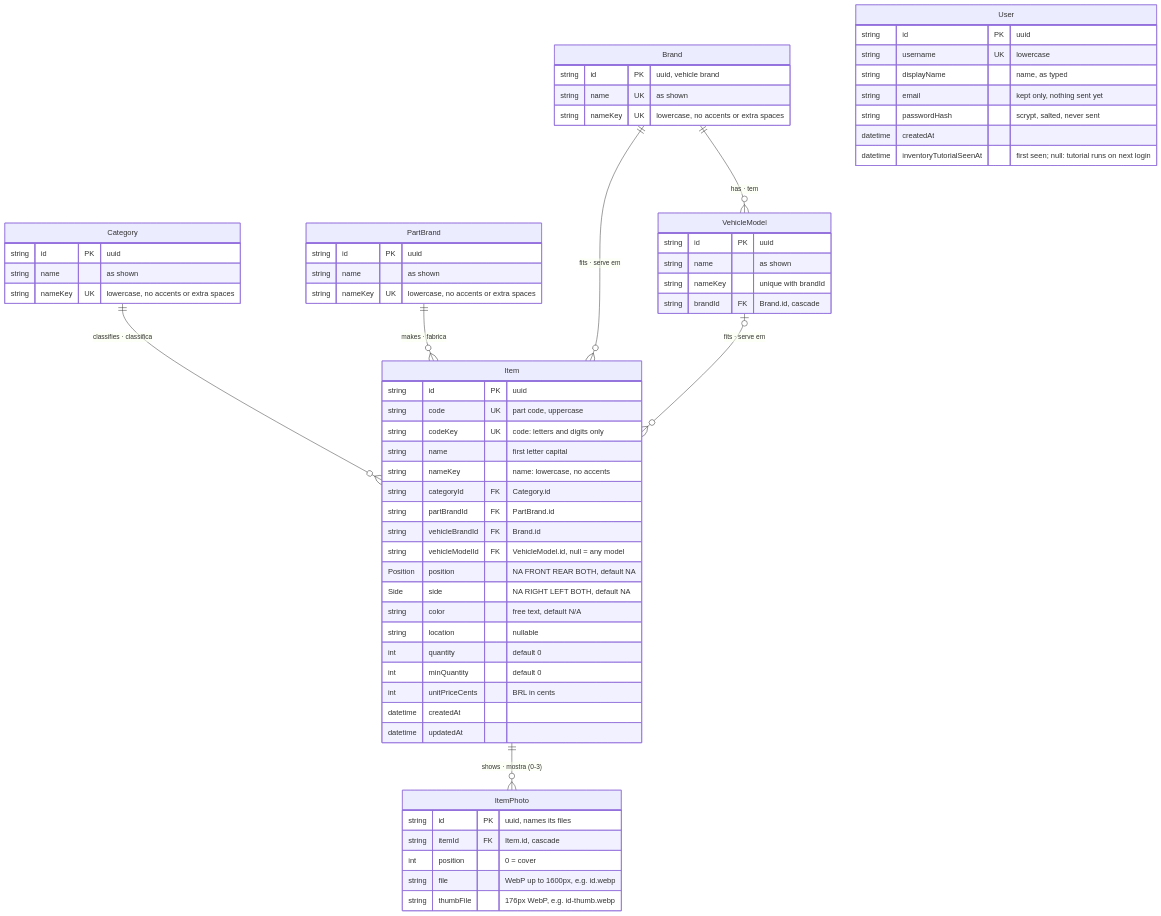
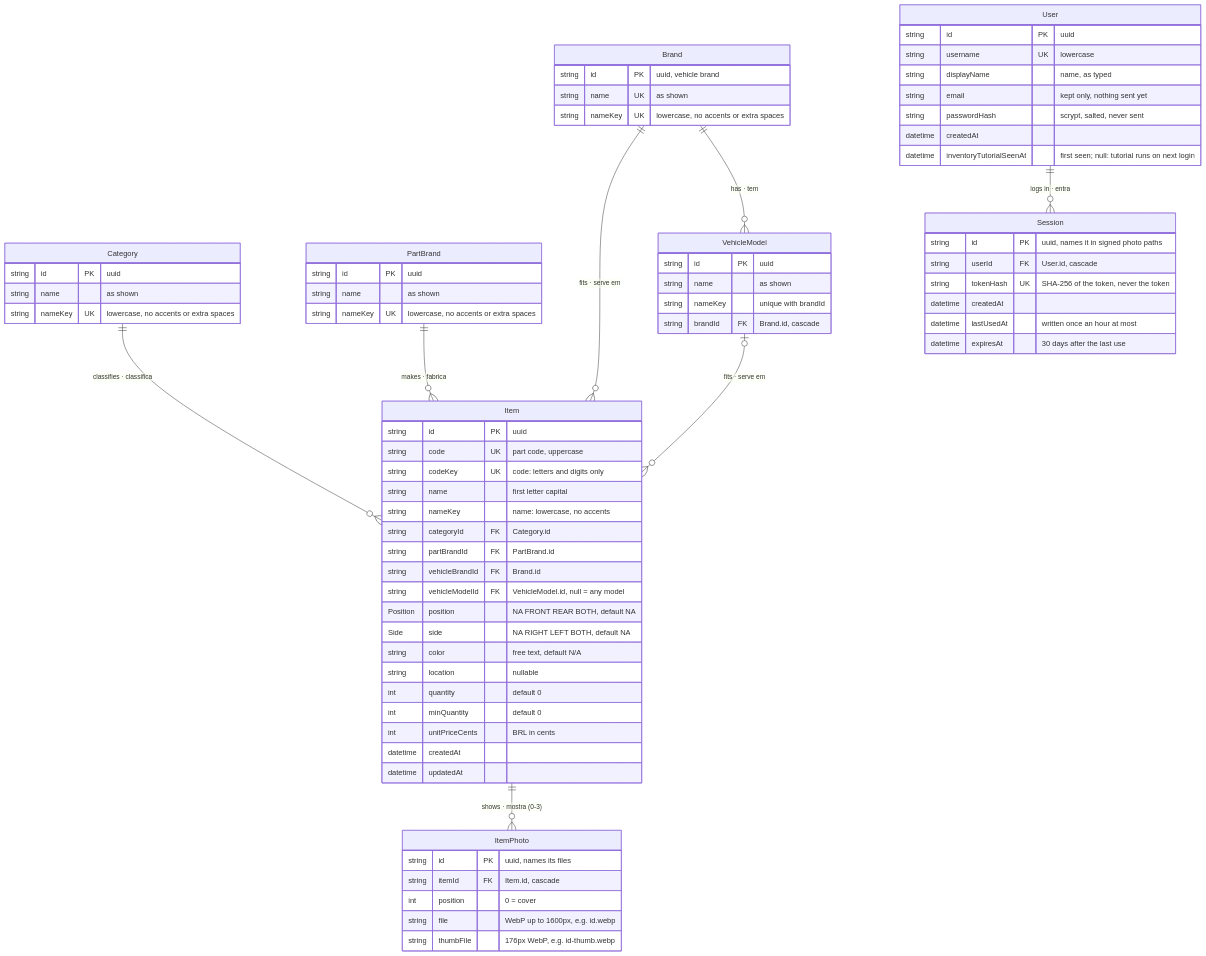
One commit to ChrisCamilo/apc-universal-repair changed the diagram in docs/database.md. Above: the diagram before and after it, drawn with Mermaid. The commit also changed other lines of this file and 1 other file, not shown here.

Commit message:
docs: Add the Session table and update the home network warning

````diff
--- a/docs/database.md
+++ b/docs/database.md
@@ -11,67 +11,76 @@
 ```mermaid
 erDiagram
     Category ||--o{ Item : "classifies · classifica"
     PartBrand ||--o{ Item : "makes · fabrica"
     Brand ||--o{ Item : "fits · serve em"
     Brand ||--o{ VehicleModel : "has · tem"
     VehicleModel |o--o{ Item : "fits · serve em"
     Item ||--o{ ItemPhoto : "shows · mostra (0-3)"
+    User ||--o{ Session : "logs in · entra"
 
     Item {
         string id PK "uuid"
         string code UK "part code, uppercase"
         string codeKey UK "code: letters and digits only"
         string name "first letter capital"
         string nameKey "name: lowercase, no accents"
         string categoryId FK "Category.id"
         string partBrandId FK "PartBrand.id"
         string vehicleBrandId FK "Brand.id"
         string vehicleModelId FK "VehicleModel.id, null = any model"
         Position position "NA FRONT REAR BOTH, default NA"
         Side side "NA RIGHT LEFT BOTH, default NA"
         string color "free text, default N/A"
         string location "nullable"
         int quantity "default 0"
         int minQuantity "default 0"
         int unitPriceCents "BRL in cents"
         datetime createdAt
         datetime updatedAt
     }
     ItemPhoto {
         string id PK "uuid, names its files"
         string itemId FK "Item.id, cascade"
         int position "0 = cover"
         string file "WebP up to 1600px, e.g. id.webp"
         string thumbFile "176px WebP, e.g. id-thumb.webp"
     }
     Category {
         string id PK "uuid"
         string name "as shown"
         string nameKey UK "lowercase, no accents or extra spaces"
     }
     PartBrand {
         string id PK "uuid"
         string name "as shown"
         string nameKey UK "lowercase, no accents or extra spaces"
     }
     Brand {
         string id PK "uuid, vehicle brand"
         string name UK "as shown"
         string nameKey UK "lowercase, no accents or extra spaces"
     }
     VehicleModel {
         string id PK "uuid"
         string name "as shown"
         string nameKey "unique with brandId"
         string brandId FK "Brand.id, cascade"
     }
     User {
         string id PK "uuid"
         string username UK "lowercase"
         string displayName "name, as typed"
         string email "kept only, nothing sent yet"
         string passwordHash "scrypt, salted, never sent"
         datetime createdAt
         datetime inventoryTutorialSeenAt "first seen; null: tutorial runs on next login"
     }
+    Session {
+        string id PK "uuid, names it in signed photo paths"
+        string userId FK "User.id, cascade"
+        string tokenHash UK "SHA-256 of the token, never the token"
+        datetime createdAt
+        datetime lastUsedAt "written once an hour at most"
+        datetime expiresAt "30 days after the last use"
+    }
 ```
````
